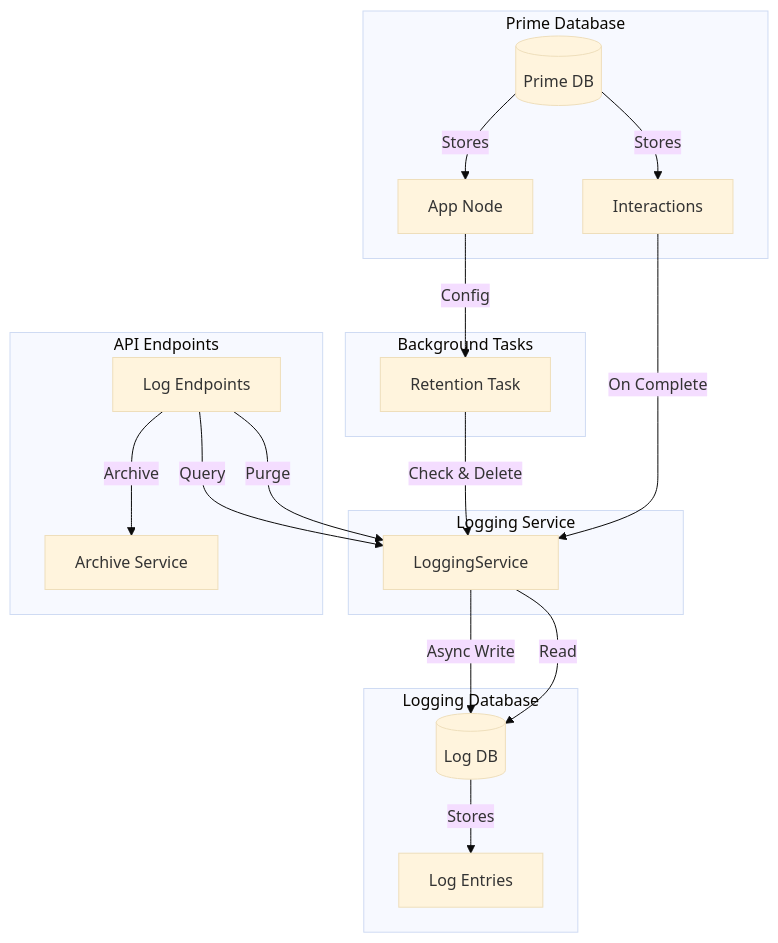
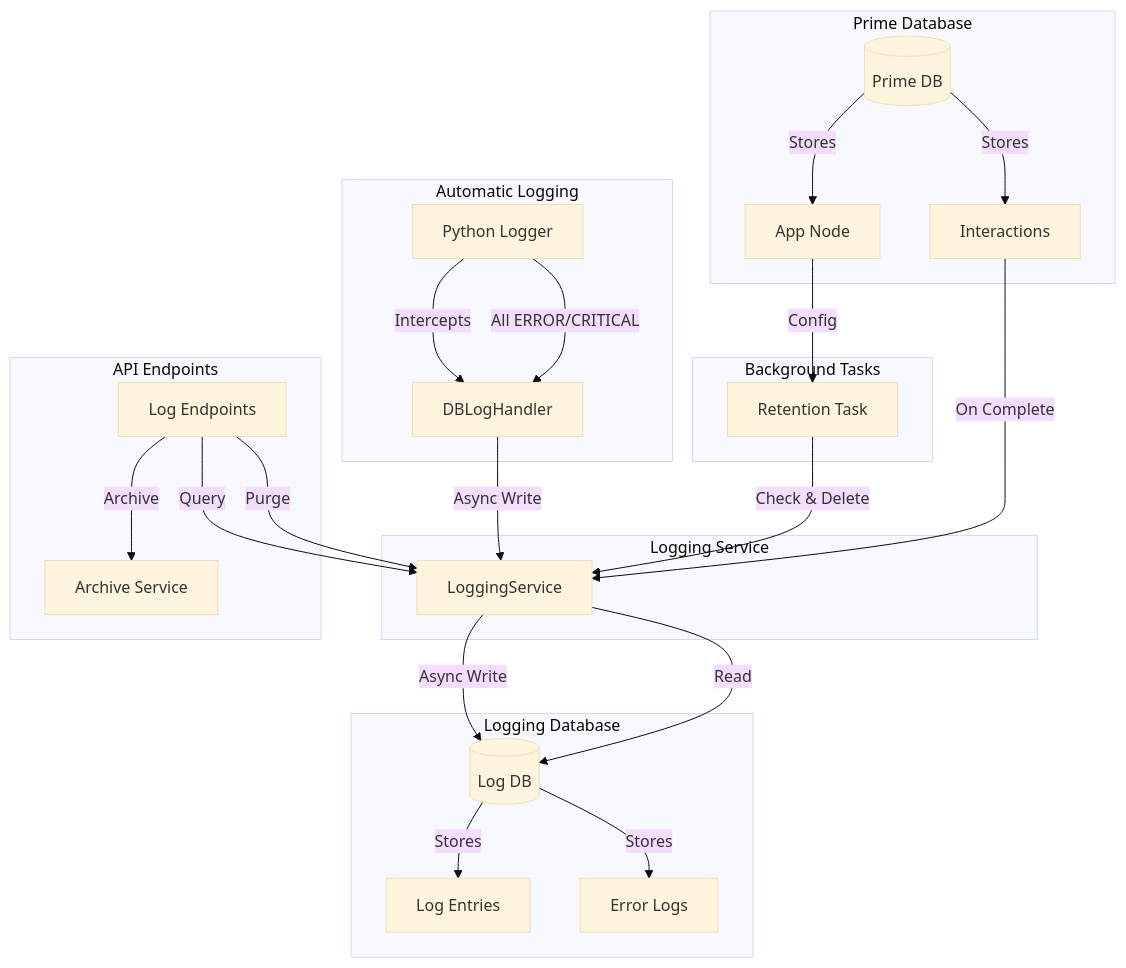
Before and after one commit to TrueSelph/jvagent: the diagram in docs/logging.md, drawn with Mermaid (base theme). The commit also changed other lines of this file and 26 other files, not shown here.

````diff
--- a/docs/logging.md
+++ b/docs/logging.md
@@ -18,34 +19,43 @@
 ```mermaid
 graph TB
     subgraph "Prime Database"
         PrimeDB[(Prime DB)]
         PrimeDB -->|Stores| App[App Node]
         PrimeDB -->|Stores| Interactions[Interactions]
     end
     
     subgraph "Logging Database"
         LogDB[(Log DB)]
         LogDB -->|Stores| LogEntries[Log Entries]
+        LogDB -->|Stores| ErrorLogs[Error Logs]
     end
     
     subgraph "Logging Service"
         LogService[LoggingService]
         LogService -->|Async Write| LogDB
         LogService -->|Read| LogDB
+    end
+    
+    subgraph "Automatic Logging"
+        Logger[Python Logger]
+        DBHandler[DBLogHandler]
+        Logger -->|Intercepts| DBHandler
+        DBHandler -->|Async Write| LogService
     end
     
     subgraph "API Endpoints"
         LogEndpoints[Log Endpoints]
         LogEndpoints -->|Query| LogService
         LogEndpoints -->|Archive| ArchiveService[Archive Service]
         LogEndpoints -->|Purge| LogService
     end
     
     subgraph "Background Tasks"
         RetentionTask[Retention Task]
         RetentionTask -->|Check & Delete| LogService
     end
     
     Interactions -->|On Complete| LogService
     App -->|Config| RetentionTask
+    Logger -->|All ERROR/CRITICAL| DBHandler
 ```
````
